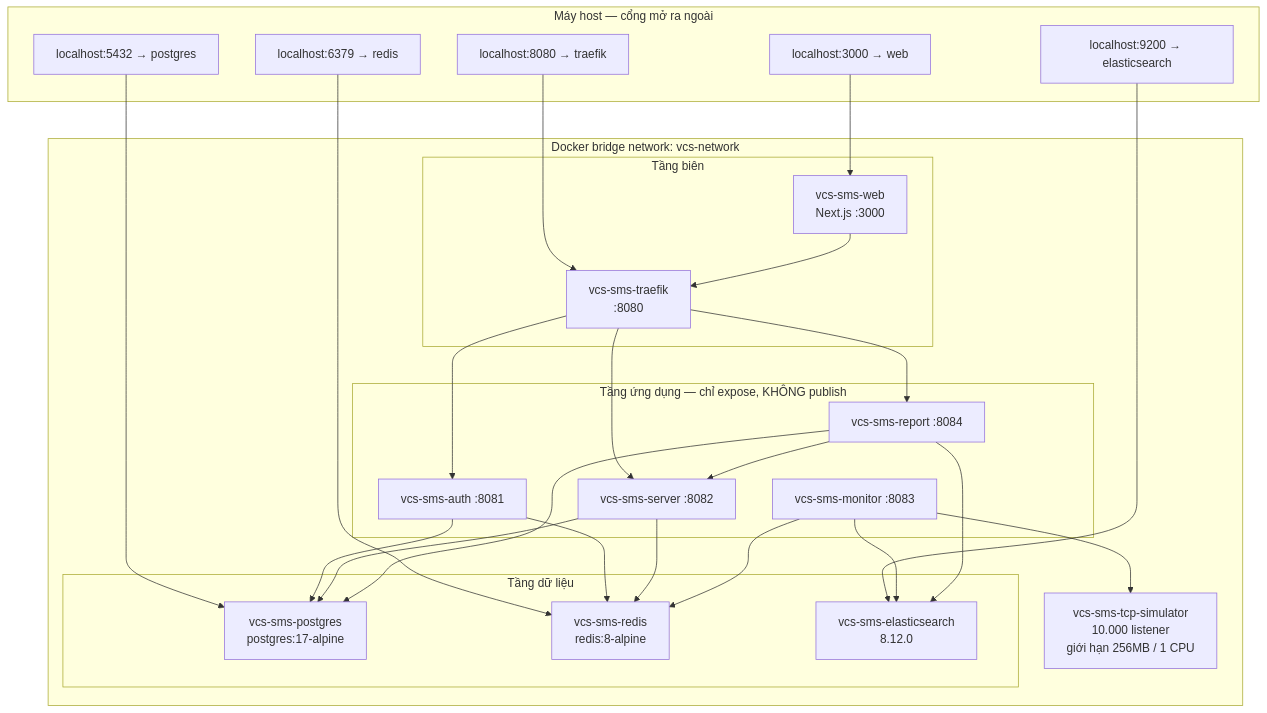
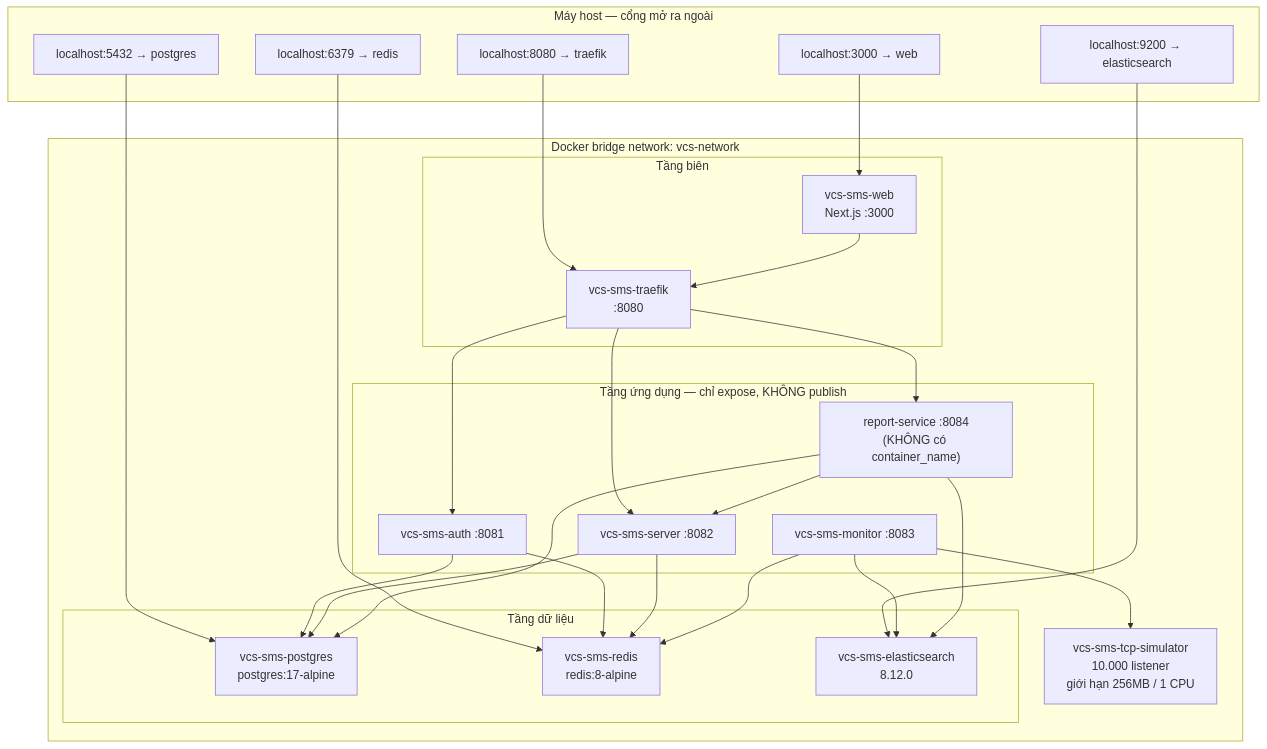
Before and after one commit to dwchwang/sms_microservice: the first of 6 diagrams in .claude/diagrams/deployment-diagram.md, drawn with Mermaid. The commit also changed other lines of this file and 24 other files, not shown here.

````diff
--- a/.claude/diagrams/deployment-diagram.md
+++ b/.claude/diagrams/deployment-diagram.md
@@ -9,54 +18,54 @@
 ```mermaid
 graph TB
     subgraph HOST["Máy host — cổng mở ra ngoài"]
         P1["localhost:3000 → web"]
         P2["localhost:8080 → traefik"]
         P3["localhost:5432 → postgres"]
         P4["localhost:6379 → redis"]
         P5["localhost:9200 → elasticsearch"]
     end
 
     subgraph NET["Docker bridge network: vcs-network"]
         subgraph TIER1["Tầng biên"]
             WEB["vcs-sms-web<br/>Next.js :3000"]
             TRF["vcs-sms-traefik<br/>:8080"]
         end
 
         subgraph TIER2["Tầng ứng dụng — chỉ expose, KHÔNG publish"]
             AU["vcs-sms-auth :8081"]
             SV["vcs-sms-server :8082"]
             MO["vcs-sms-monitor :8083"]
-            RP["vcs-sms-report :8084"]
+            RP["report-service :8084<br/>(KHÔNG có container_name)"]
         end
 
         subgraph TIER3["Tầng dữ liệu"]
             PG["vcs-sms-postgres<br/>postgres:17-alpine"]
             RD["vcs-sms-redis<br/>redis:8-alpine"]
             ES["vcs-sms-elasticsearch<br/>8.12.0"]
         end
 
         SIM["vcs-sms-tcp-simulator<br/>10.000 listener<br/>giới hạn 256MB / 1 CPU"]
     end
 
     P1 --> WEB
     P2 --> TRF
     P3 --> PG
     P4 --> RD
     P5 --> ES
 
     WEB --> TRF
     TRF --> AU
     TRF --> SV
     TRF --> RP
 
     AU --> PG
     AU --> RD
     SV --> PG
     SV --> RD
     MO --> RD
     MO --> ES
     MO --> SIM
     RP --> PG
     RP --> ES
     RP --> SV
 ```
````
